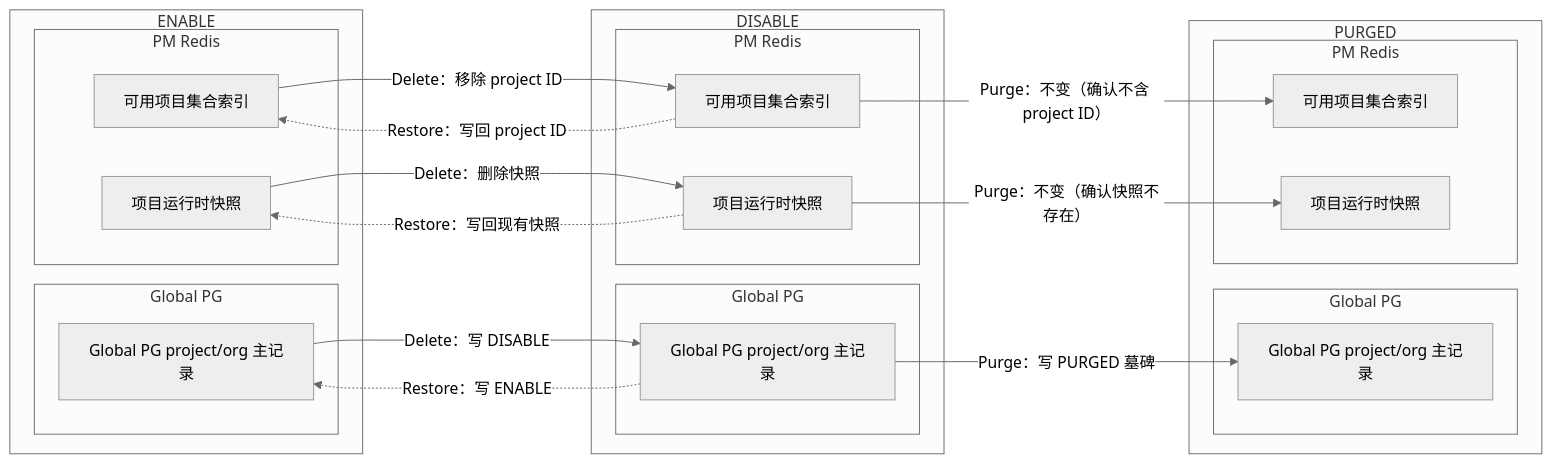
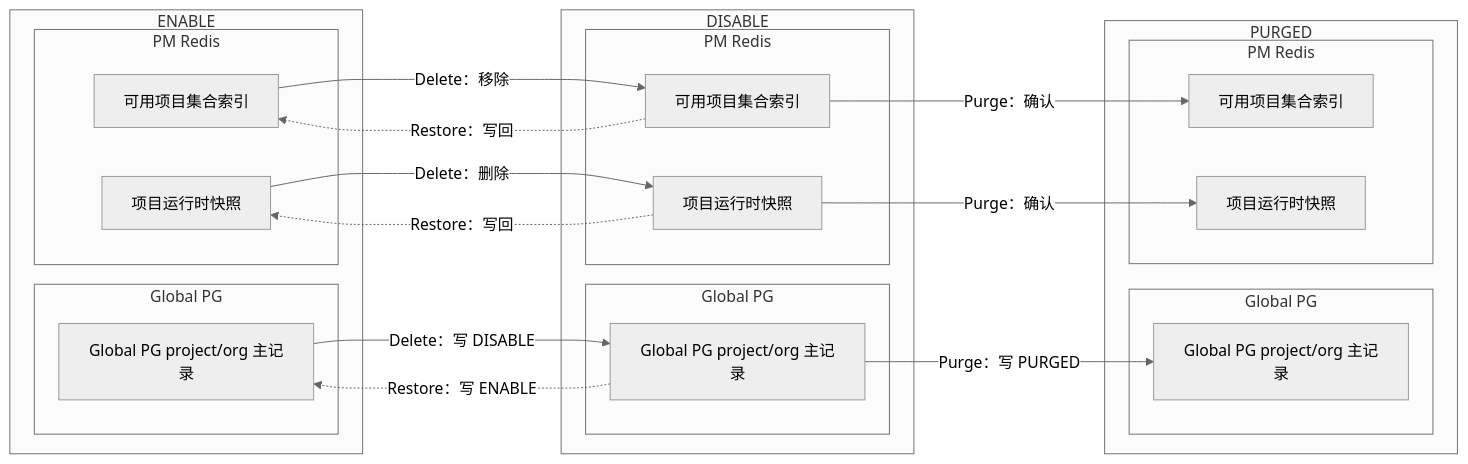
One commit to qinwenshiCH/workflow changed the fourth of 21 diagrams in specs/20260716-Wave-Refac-OrganizationProjectLifecycle/04-detail.md. Above: the diagram before and after it, drawn with Mermaid (neutral theme). The commit also changed other lines of this file and 2 other files, not shown here.

First line of the commit message:
fix: 按实际代码修正全部组件的生命周期文档 — 资源台账/生命周期图/流量变化图/PM改动

````diff
--- a/specs/20260716-Wave-Refac-OrganizationProjectLifecycle/04-detail.md
+++ b/specs/20260716-Wave-Refac-OrganizationProjectLifecycle/04-detail.md
@@ -161,39 +161,39 @@
 ```mermaid
 flowchart LR
     subgraph enable["ENABLE"]
         subgraph e_pg["Global PG"]
             EGlobal["Global PG project/org 主记录"]
         end
         subgraph e_pm["PM Redis"]
             EIndex["可用项目集合索引"]
             EInfo["项目运行时快照"]
         end
     end
     subgraph disable["DISABLE"]
         subgraph d_pg["Global PG"]
             DGlobal["Global PG project/org 主记录"]
         end
         subgraph d_pm["PM Redis"]
             DIndex["可用项目集合索引"]
             DInfo["项目运行时快照"]
         end
     end
     subgraph purged["PURGED"]
         subgraph p_pg["Global PG"]
             PGlobal["Global PG project/org 主记录"]
         end
         subgraph p_pm["PM Redis"]
             PIndex["可用项目集合索引"]
             PInfo["项目运行时快照"]
         end
     end
     EGlobal -->|Delete：写 DISABLE| DGlobal
-    EIndex -->|Delete：移除 project ID| DIndex
-    EInfo -->|Delete：删除快照| DInfo
+    EIndex -->|Delete：移除| DIndex
+    EInfo -->|Delete：删除| DInfo
     DGlobal -.->|Restore：写 ENABLE| EGlobal
-    DIndex -.->|Restore：写回 project ID| EIndex
-    DInfo -.->|Restore：写回现有快照| EInfo
-    DGlobal -->|Purge：写 PURGED 墓碑| PGlobal
-    DIndex -->|Purge：不变（确认不含 project ID）| PIndex
-    DInfo -->|Purge：不变（确认快照不存在）| PInfo
+    DIndex -.->|Restore：写回| EIndex
+    DInfo -.->|Restore：写回| EInfo
+    DGlobal -->|Purge：写 PURGED| PGlobal
+    DIndex -->|Purge：确认| PIndex
+    DInfo -->|Purge：确认| PInfo
 ```
````
